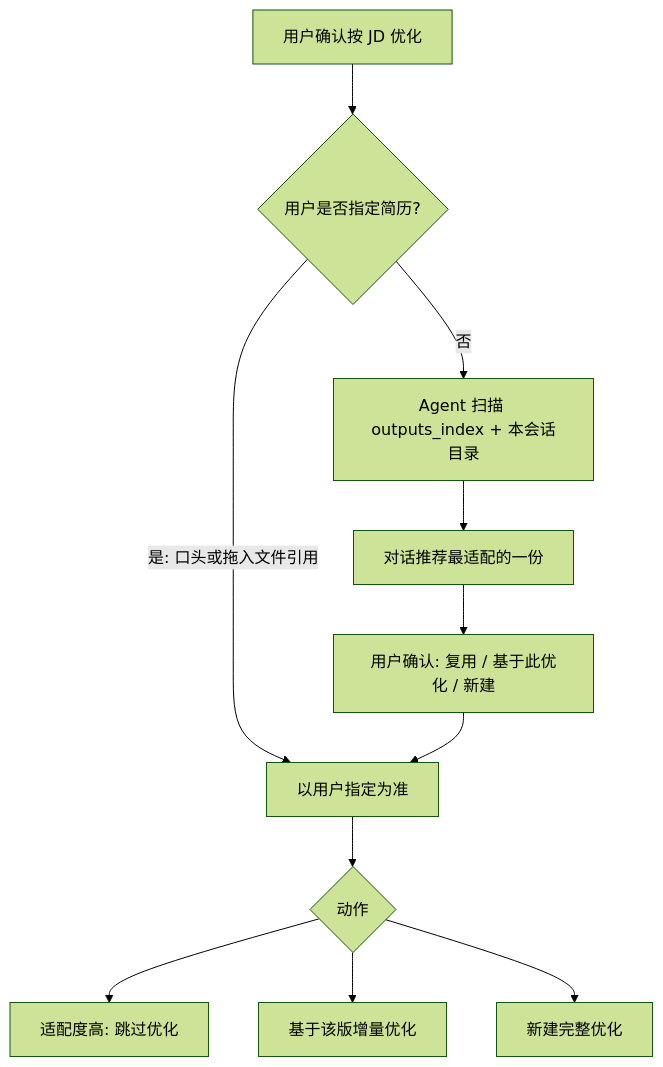
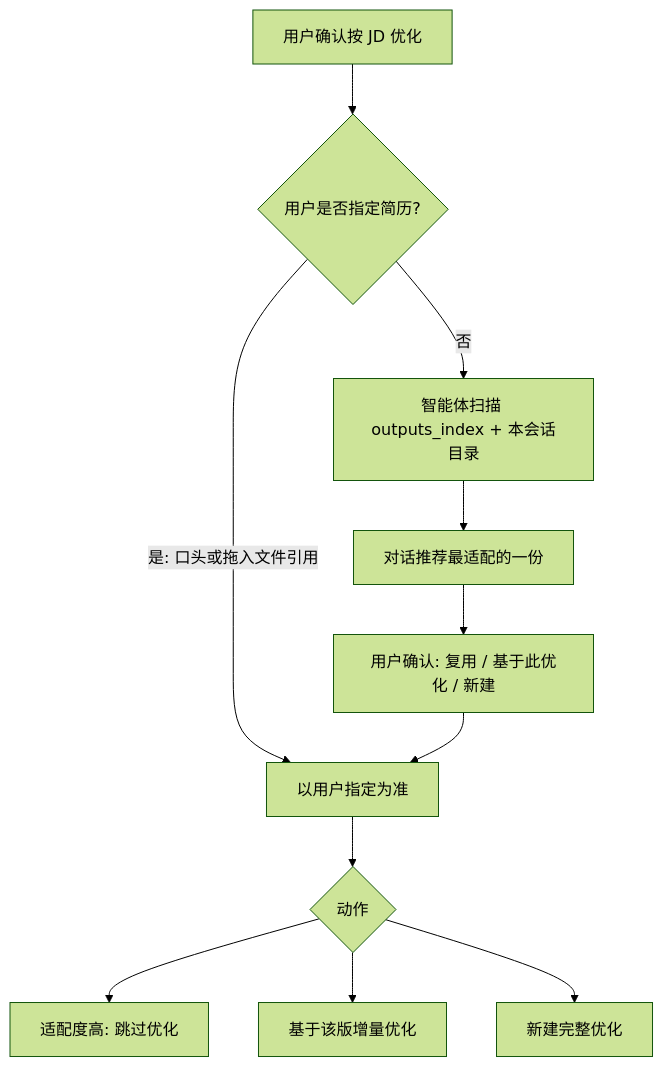
Before and after one commit to CatNum/AI-Optimized-Resume-V2: the fourth of 6 diagrams in docs/prd/career-planning-agent-prd.md, drawn with Mermaid (forest theme). The commit also changed other lines of this file and 7 other files, not shown here.

````diff
--- a/docs/prd/career-planning-agent-prd.md
+++ b/docs/prd/career-planning-agent-prd.md
@@ -666,13 +915,13 @@
 ```mermaid
 flowchart TD
   start[用户确认按 JD 优化] --> spec{用户是否指定简历?}
   spec -->|是: 口头或拖入文件引用| userPick[以用户指定为准]
-  spec -->|否| auto[Agent 扫描 outputs_index + 本会话目录]
+  spec -->|否| auto[智能体扫描 outputs_index + 本会话目录]
   auto --> suggest[对话推荐最适配的一份]
   suggest --> ask[用户确认: 复用 / 基于此优化 / 新建]
   ask --> userPick
   userPick --> action{动作}
   action --> skip[适配度高: 跳过优化]
   action --> base[基于该版增量优化]
   action --> new[新建完整优化]
 ```
````
